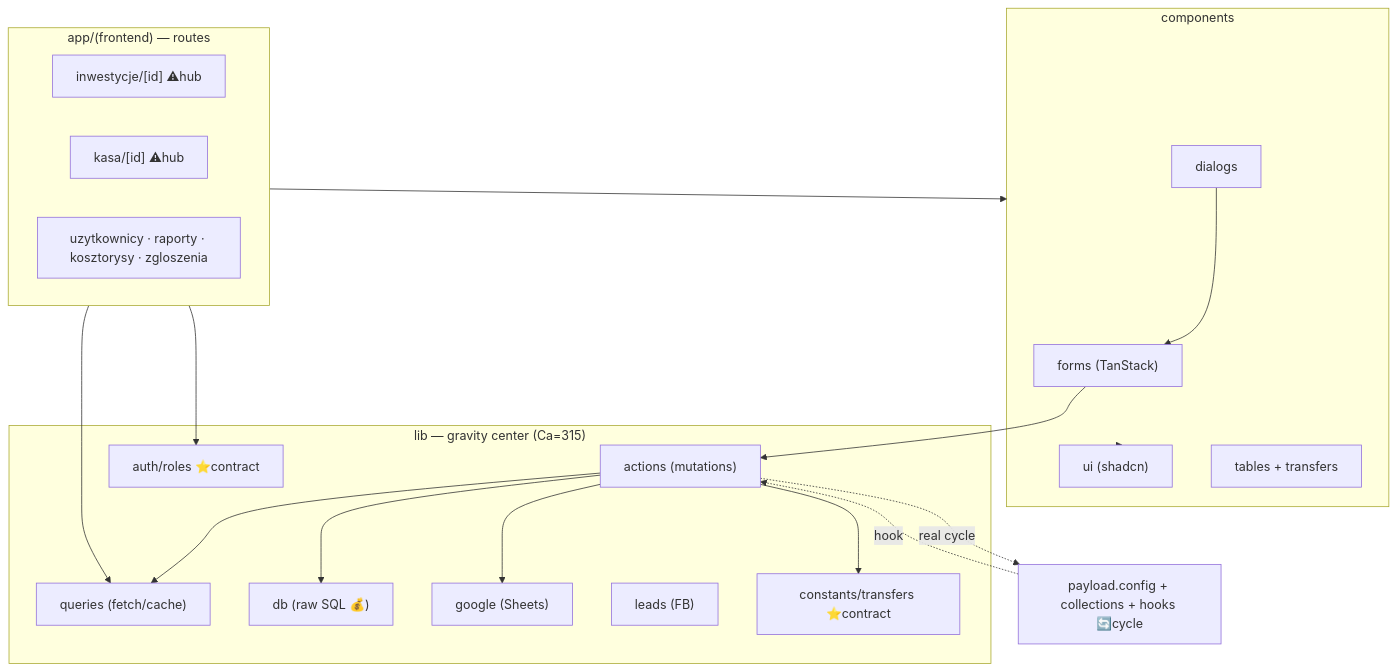
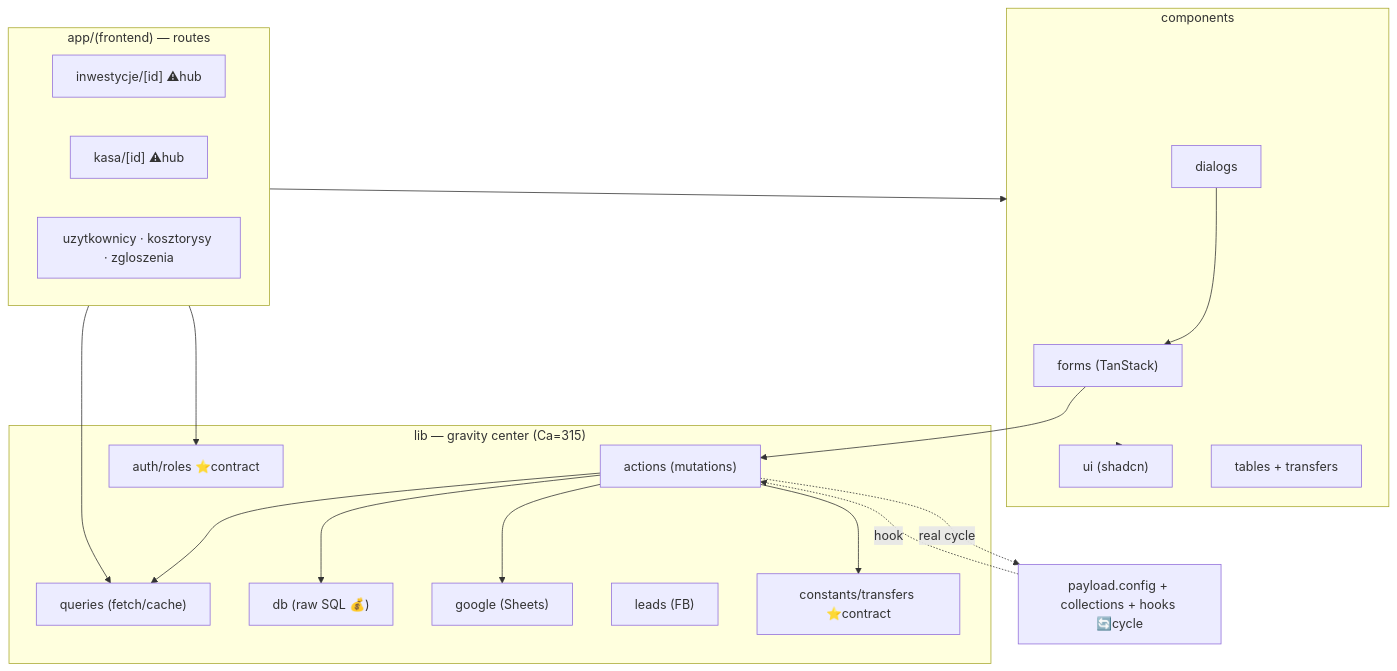
Before and after one commit to eggplantdev/wykonczymy_automation: the diagram in context/map/repo-map.md, drawn with Mermaid. The commit also changed 5 other files, not shown here.

````diff
--- a/context/map/repo-map.md
+++ b/context/map/repo-map.md
@@ -28,37 +28,37 @@
 ```mermaid
 graph TD
   subgraph routes["app/(frontend) — routes"]
     INW["inwestycje/[id] ⚠hub"]
     KASA["kasa/[id] ⚠hub"]
-    OTHER["uzytkownicy · raporty · kosztorysy · zgloszenia"]
+    OTHER["uzytkownicy · kosztorysy · zgloszenia"]
   end
   subgraph comp["components"]
     FORMS["forms (TanStack)"]
     DIALOGS["dialogs"]
     UI["ui (shadcn)"]
     TABLES["tables + transfers"]
   end
   subgraph lib["lib — gravity center (Ca=315)"]
     ACTIONS["actions (mutations)"]
     QUERIES["queries (fetch/cache)"]
     DB["db (raw SQL 💰)"]
     GOOGLE["google (Sheets)"]
     LEADS["leads (FB)"]
     CONST["constants/transfers ⭐contract"]
     AUTH["auth/roles ⭐contract"]
   end
   PAYLOAD["payload.config + collections + hooks 🔄cycle"]
 
   routes --> QUERIES
   routes --> comp
   FORMS --> ACTIONS
   DIALOGS --> FORMS
   ACTIONS --> QUERIES
   ACTIONS --> DB
   ACTIONS --> GOOGLE
   ACTIONS -.real cycle.-> PAYLOAD
   PAYLOAD -.hook.-> ACTIONS
   comp --> UI
   ACTIONS --> CONST
   routes --> AUTH
 ```
````
